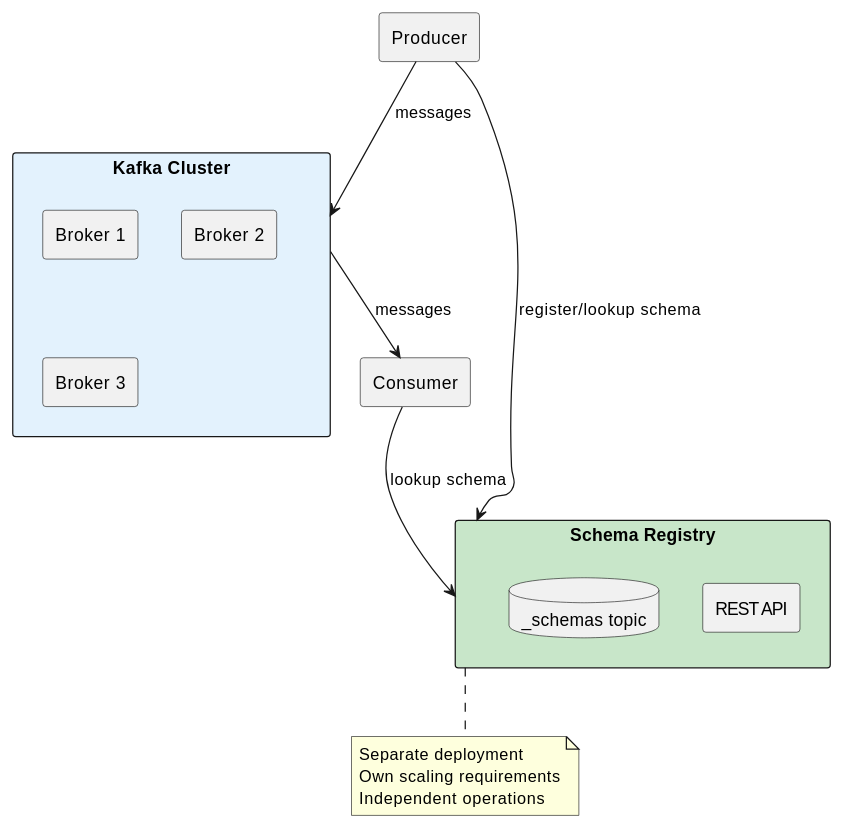
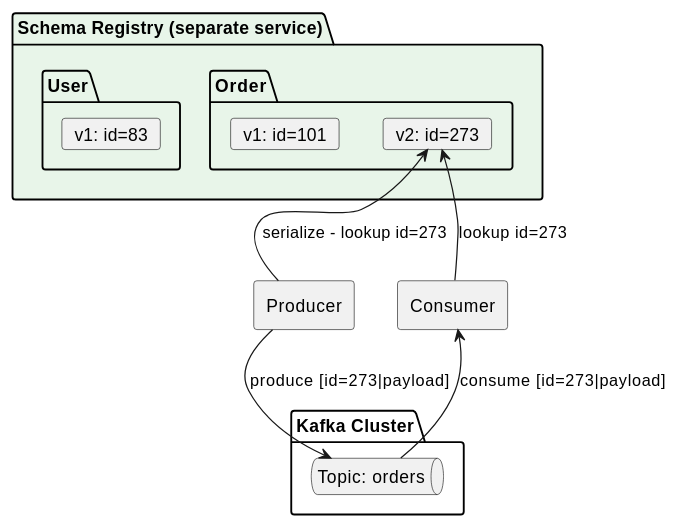
Before and after one commit to axonops/documentation: the first of 6 diagrams in docs/data-platforms/kafka/schema-registry/index.md, drawn with PlantUML. The commit also changed other lines of this file and 1 other file, not shown here.

Commit message:
Updated schema registry docs

````diff
--- a/docs/data-platforms/kafka/schema-registry/index.md
+++ b/docs/data-platforms/kafka/schema-registry/index.md
@@ -22,32 +22,31 @@
 ```plantuml
 @startuml
 skinparam backgroundColor transparent
 
-rectangle "Kafka Cluster" as kafka #E3F2FD {
-    rectangle "Broker 1" as b1
-    rectangle "Broker 2" as b2
-    rectangle "Broker 3" as b3
+package "Schema Registry (separate service)" #E8F5E9 {
+    package "Order" as order_subject {
+        card "v1: id=101" as s1
+        card "v2: id=273" as s2
+    }
+    package "User" {
+        card "v1: id=83" as s3
+    }
 }
 
-rectangle "Schema Registry" as sr #C8E6C9 {
-    rectangle "REST API" as api
-    database "_schemas topic" as schemas
+together {
+    rectangle "Producer" as prod
+    rectangle "Consumer" as cons
 }
 
-rectangle "Producer" as prod
-rectangle "Consumer" as cons
+package "Kafka Cluster" {
+    queue "Topic: orders" as topic
+}
 
-prod --> kafka : messages
-kafka --> cons : messages
+prod -up-> s2 : serialize - lookup id=273
+cons -up-> s2 : lookup id=273
 
-prod --> sr : register/lookup schema
-cons --> sr : lookup schema
-
-note bottom of sr
-  Separate deployment
-  Own scaling requirements
-  Independent operations
-end note
+prod -down-> topic : produce [id=273|payload]
+topic -down-> cons : consume [id=273|payload]
 
 @enduml
 ```
````
